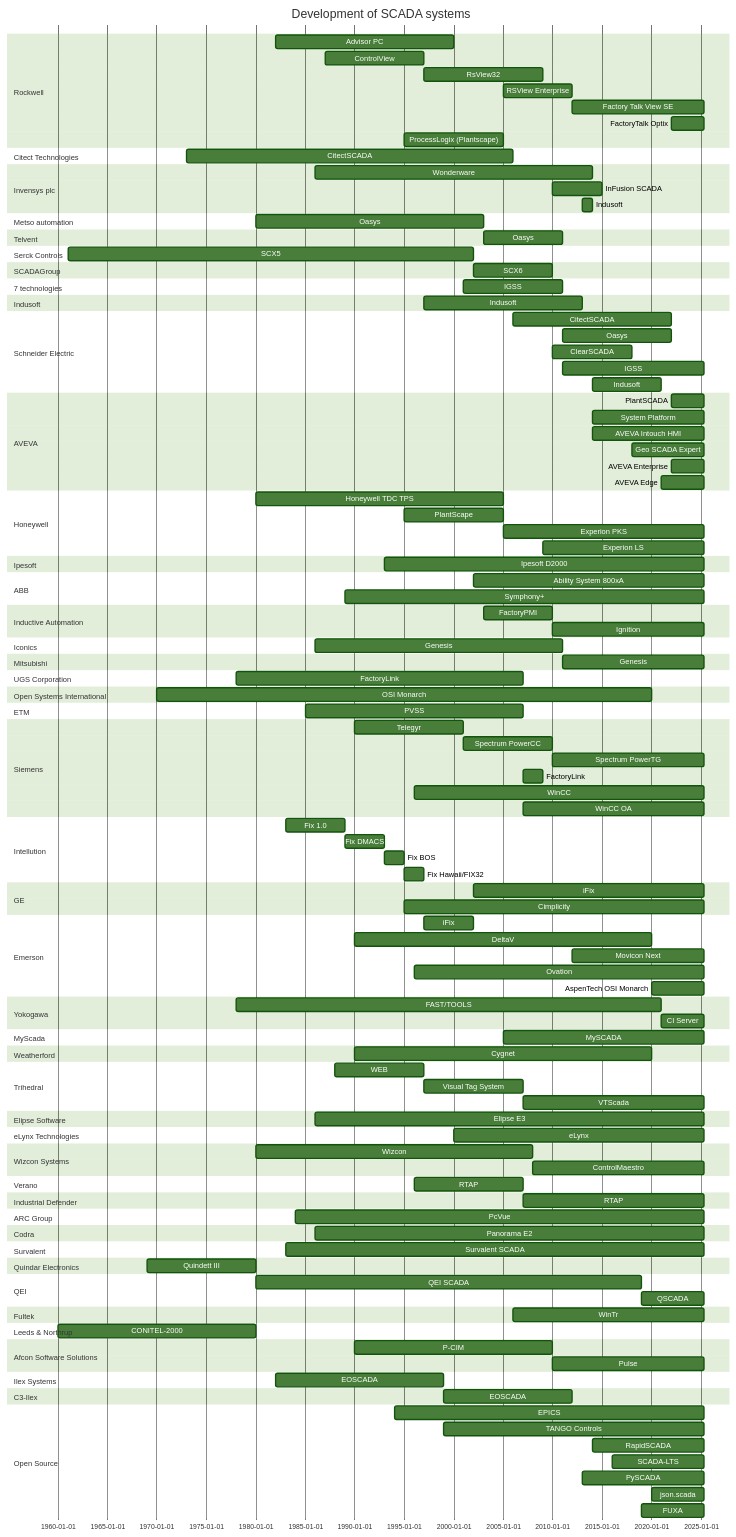
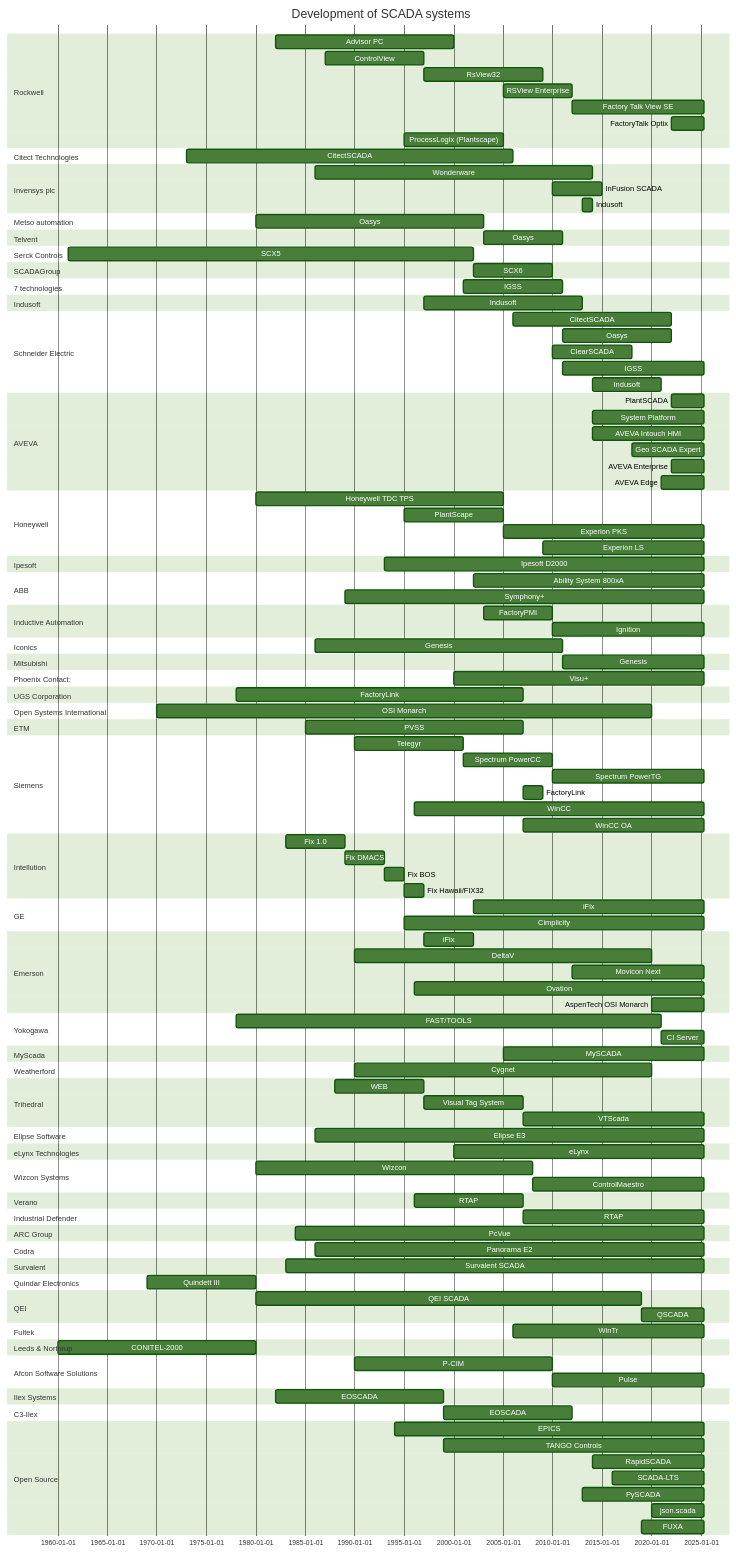
One commit to hutcheb/scada-timeline changed the diagram in README.md. Above: the diagram before and after it, drawn with Mermaid (forest theme).

Commit message:
feat: Add Visu+

```diff
--- a/README.md
+++ b/README.md
@@ -87,6 +87,8 @@
         Genesis :genesis, 1986, 2011
     section Mitsubishi
         Genesis :after genesis, until 2025
+    section Phoenix Contact:
+        Visu+ : visu, 2000, until 2025
     section UGS Corporation
         %%(https://drivesncontrols.com/siemens-ends-development-of-factorylink/)
         FactoryLink : factorylink, 1978, 2007
```
